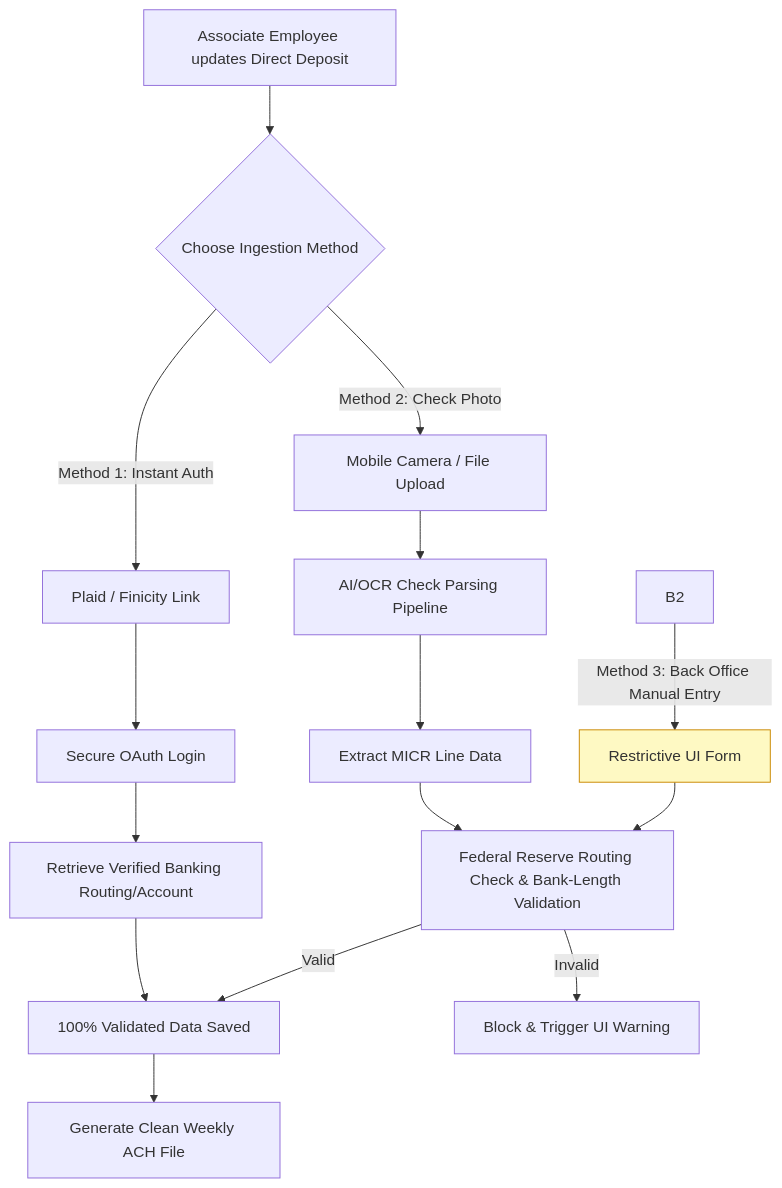
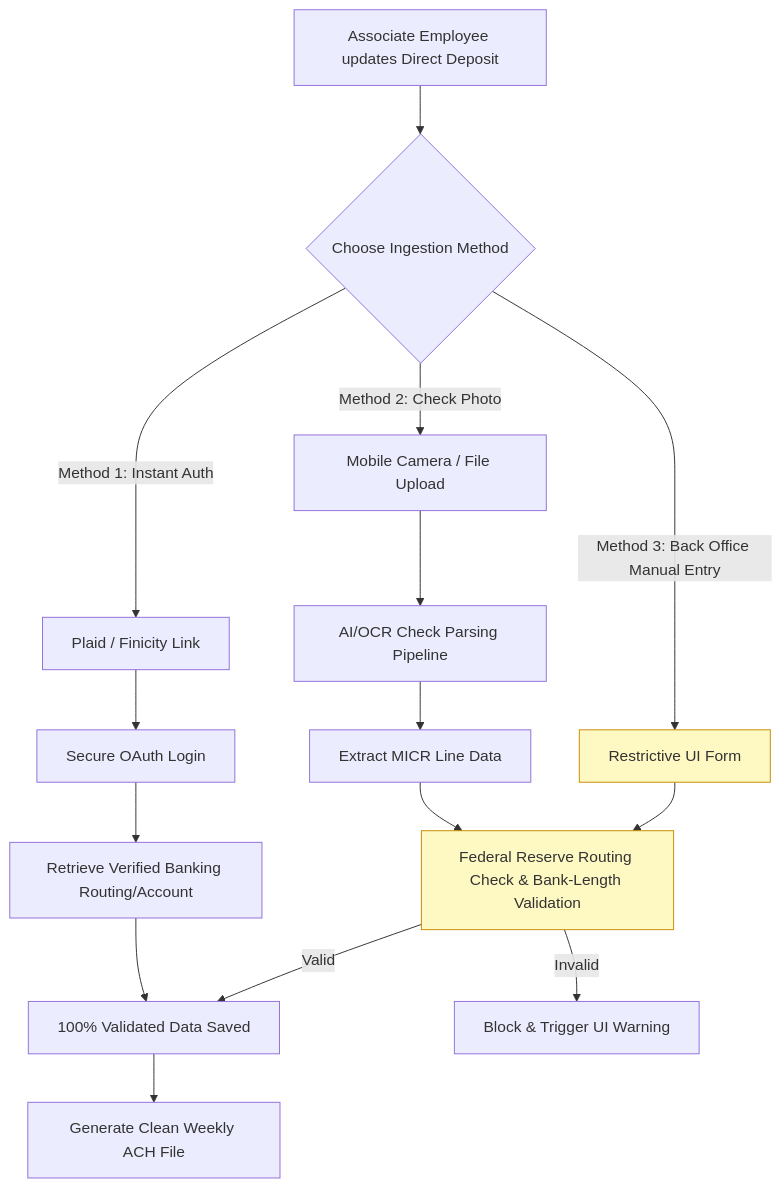
One commit to rcpsolutions-net/markdown-docs changed the diagram in reducingItDown.md. Above: the diagram before and after it, drawn with Mermaid.

Commit message:
Fix diagram formatting and highlight methods

````diff
--- a/reducingItDown.md
+++ b/reducingItDown.md
@@ -13,25 +13,24 @@
 ```mermaid
 graph TD
     A[Associate Employee updates Direct Deposit] --> B{Choose Ingestion Method}
     
     B -- Method 1: Instant Auth --> C[Plaid / Finicity Link]
     C --> D[Secure OAuth Login]
     D --> E[Retrieve Verified Banking Routing/Account]
     
     B -- Method 2: Check Photo --> F[Mobile Camera / File Upload]
     F --> G[AI/OCR Check Parsing Pipeline]
     G --> H[Extract MICR Line Data]
 
     classDef highlight fill:#fef9c3,stroke:#ca8a04
-    B2 -- Method 3: Back Office Manual Entry --> I[Restrictive UI Form]:::highlight
-
-    H --> J[Federal Reserve Routing Check & Bank-Length Validation]
+    B -- Method 3: Back Office Manual Entry --> I[Restrictive UI Form]:::highlight
+    H --> J[Federal Reserve Routing Check & Bank-Length Validation]:::highlight
     I --> J
     E --> K[100% Validated Data Saved]
     
     J -- Valid --> K
     J -- Invalid --> X[Block & Trigger UI Warning]
     
     K --> L[Generate Clean Weekly ACH File]
 
 ```
````
